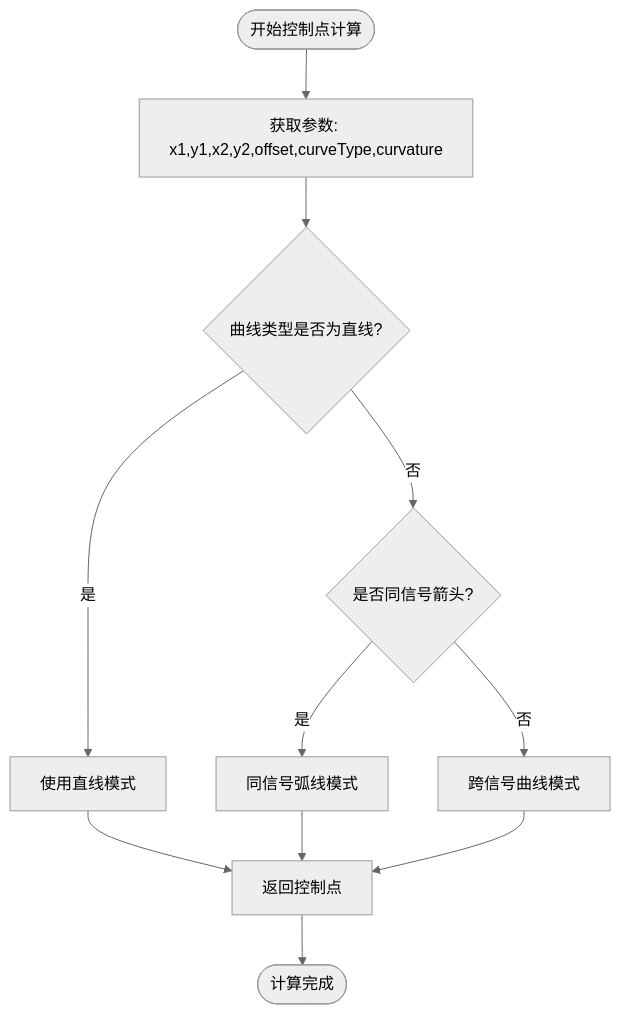
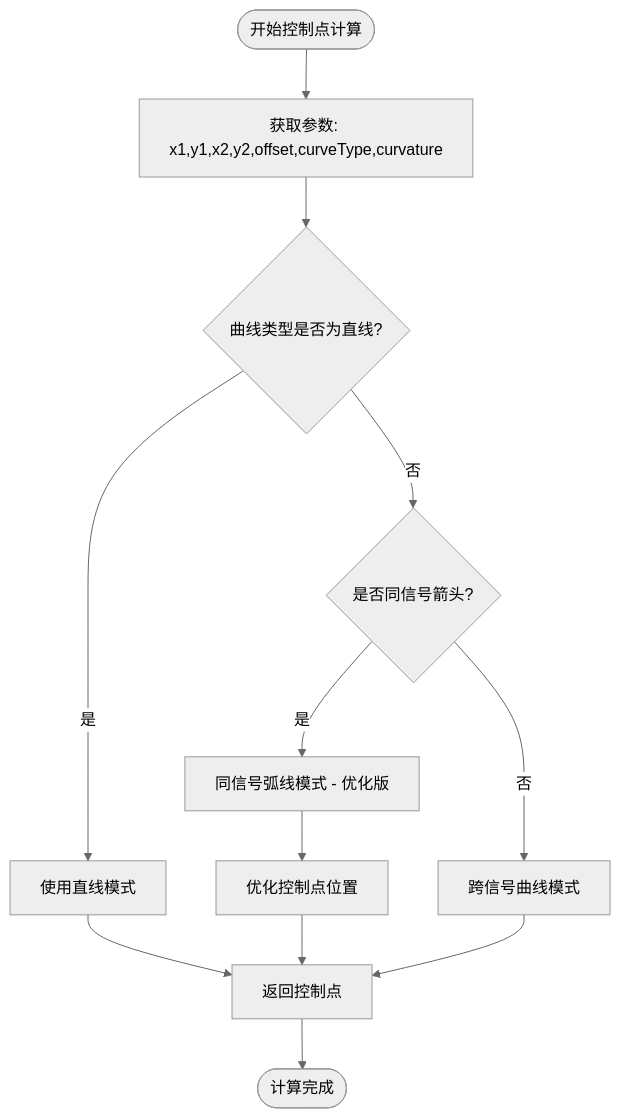
Before and after one commit to nht123456/waveform-editor: the fourth of 12 diagrams in .qoder/repowiki/zh/content/渲染系统/依赖箭头渲染器.md, drawn with Mermaid (neutral theme). The commit also changed other lines of this file and 9 other files, not shown here.

````diff
--- a/.qoder/repowiki/zh/content/渲染系统/依赖箭头渲染器.md
+++ b/.qoder/repowiki/zh/content/渲染系统/依赖箭头渲染器.md
@@ -207,13 +207,14 @@
 ```mermaid
 flowchart TD
 Start([开始控制点计算]) --> GetParams[获取参数: x1,y1,x2,y2,offset,curveType,curvature]
 GetParams --> CheckStraight{曲线类型是否为直线?}
 CheckStraight --> |是| StraightCurve[使用直线模式]
 CheckStraight --> |否| CheckSameSignal{是否同信号箭头?}
-CheckSameSignal --> |是| SameSignalArc[同信号弧线模式]
+CheckSameSignal --> |是| SameSignalArc[同信号弧线模式 - 优化版]
 CheckSameSignal --> |否| CrossSignalCurve[跨信号曲线模式]
 StraightCurve --> ReturnCP[返回控制点]
-SameSignalArc --> ReturnCP
+SameSignalArc --> OptimizeCP[优化控制点位置]
+OptimizeCP --> ReturnCP
 CrossSignalCurve --> ReturnCP
 ReturnCP --> End([计算完成])
 ```
````
